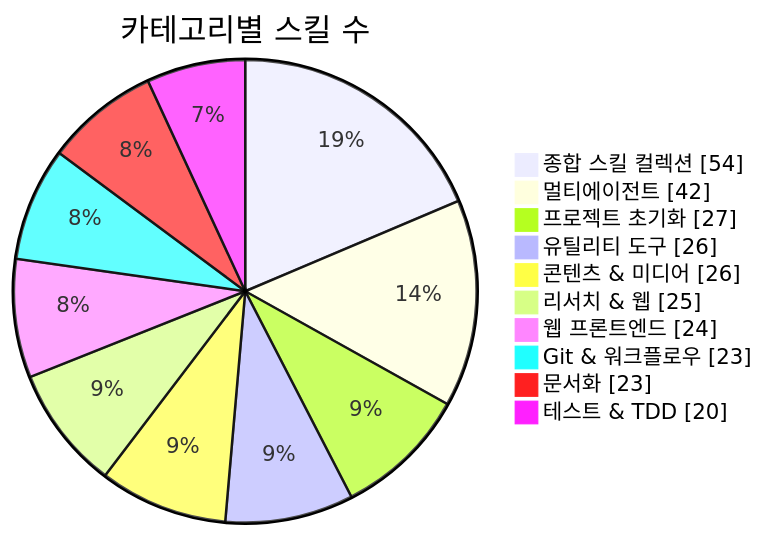
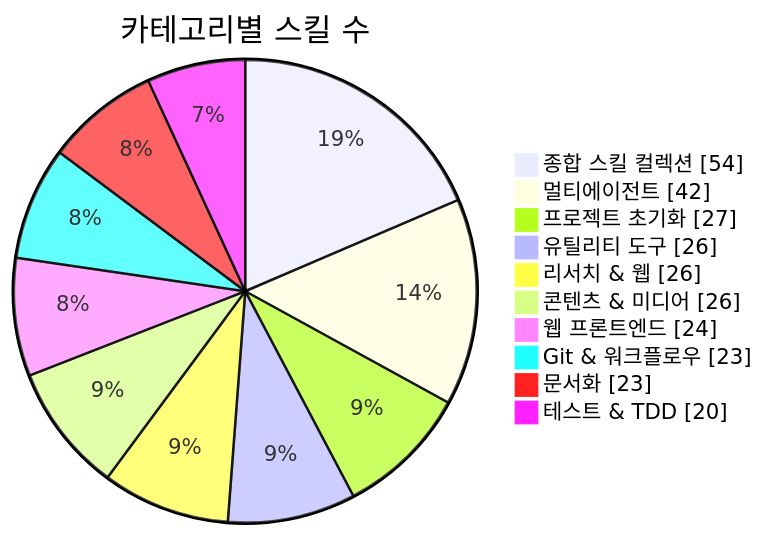
The first of 3 diagrams in README.md (J-nowcow/awesome-korean-agent-skills), drawn with Mermaid before and after one commit. The commit also changed other lines of this file and 4 other files, not shown here.

````diff
--- a/README.md
+++ b/README.md
@@ -176,14 +176,14 @@
 ```mermaid
 pie showData
     title 카테고리별 스킬 수
     "종합 스킬 컬렉션" : 54
     "멀티에이전트" : 42
     "프로젝트 초기화" : 27
     "유틸리티 도구" : 26
+    "리서치 & 웹" : 26
     "콘텐츠 & 미디어" : 26
-    "리서치 & 웹" : 25
     "웹 프론트엔드" : 24
     "Git & 워크플로우" : 23
     "문서화" : 23
     "테스트 & TDD" : 20
 ```
````
